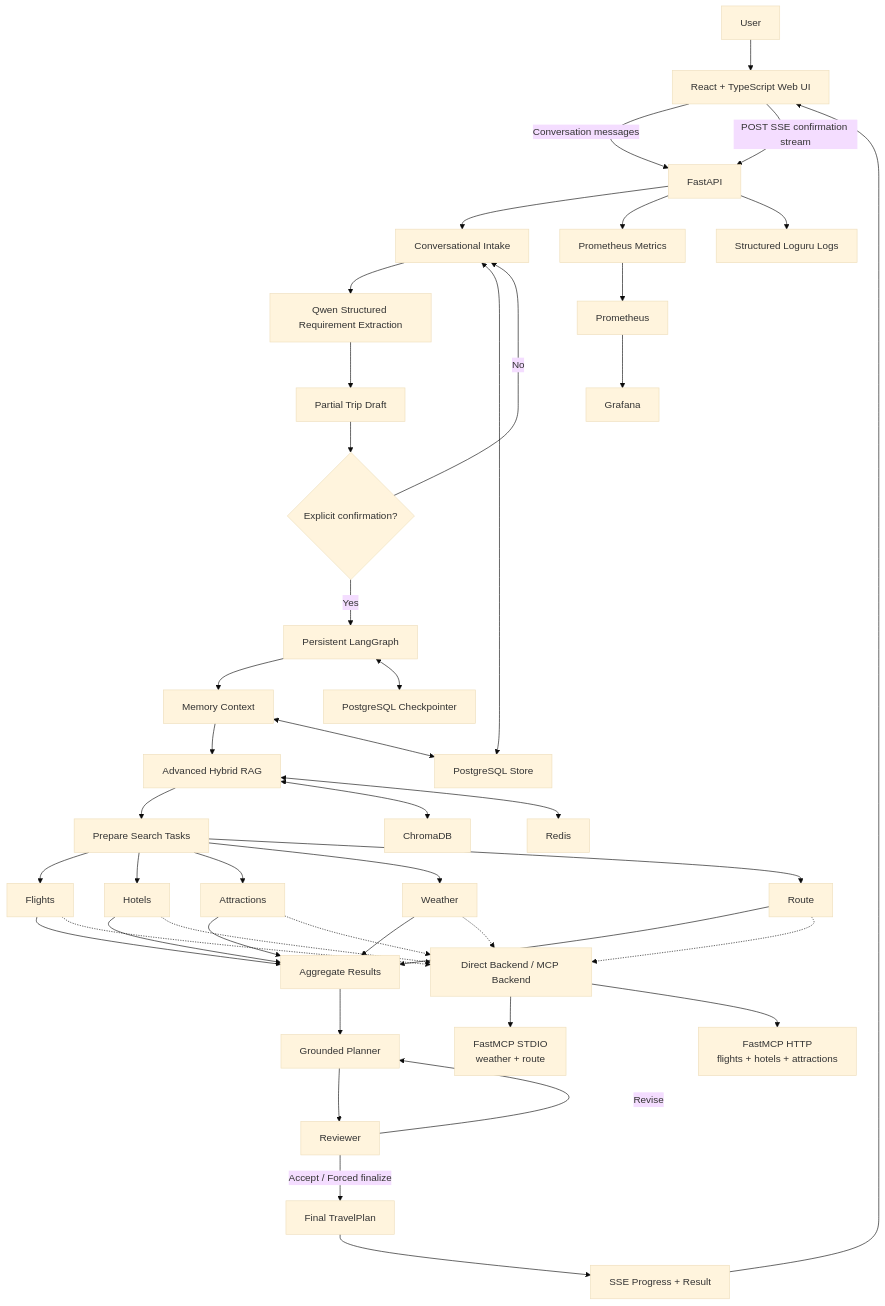
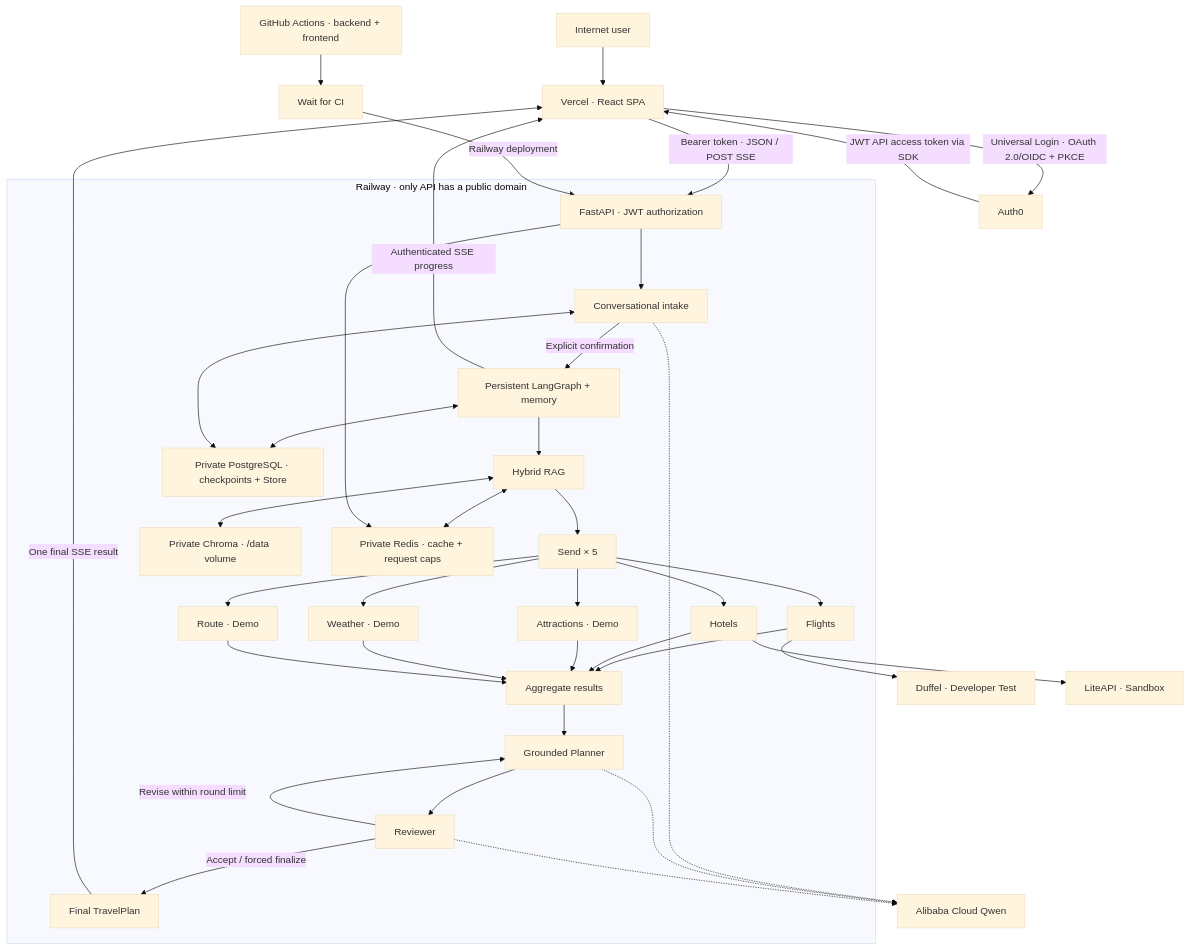
One commit to zoomwill/ai-travel-planning-agent changed the diagram in README.md. Above: the diagram before and after it, drawn with Mermaid (base theme). The commit also changed other lines of this file, not shown here.

Commit message:
docs: update README for verified P18 deployment

````diff
--- a/README.md
+++ b/README.md
@@ -128,60 +149,37 @@
 ```mermaid
 flowchart TD
-    U["User"] --> UI["React + TypeScript Web UI"]
+    U["Internet user"] --> UI["Vercel · React SPA"]
+    UI -->|"Universal Login · OAuth 2.0/OIDC + PKCE"| AUTH["Auth0"]
+    AUTH -->|"JWT API access token via SDK"| UI
+    UI -->|"Bearer token · JSON / POST SSE"| API
 
-    UI -->|"Conversation messages"| API["FastAPI"]
-    UI -->|"POST SSE confirmation stream"| API
+    subgraph RAILWAY["Railway · only API has a public domain"]
+        API["FastAPI · JWT authorization"] --> INTAKE["Conversational intake"]
+        INTAKE -->|"Explicit confirmation"| GRAPH["Persistent LangGraph + memory"]
+        GRAPH --> RAG["Hybrid RAG"]
+        RAG --> FAN["Send × 5"]
+        FAN --> F["Flights"]
+        FAN --> H["Hotels"]
+        FAN --> A["Attractions · Demo"]
+        FAN --> W["Weather · Demo"]
+        FAN --> R["Route · Demo"]
+        F & H & A & W & R --> AGG["Aggregate results"]
+        AGG --> PLANNER["Grounded Planner"]
+        PLANNER --> REVIEWER["Reviewer"]
+        REVIEWER -->|"Revise within round limit"| PLANNER
+        REVIEWER -->|"Accept / forced finalize"| FINAL["Final TravelPlan"]
+        GRAPH <--> PG["Private PostgreSQL · checkpoints + Store"]
+        INTAKE <--> PG
+        RAG <--> CHROMA["Private Chroma · /data volume"]
+        RAG <--> REDIS["Private Redis · cache + request caps"]
+        API --> REDIS
+    end
 
-    API --> INTAKE["Conversational Intake"]
-    INTAKE --> QI["Qwen Structured Requirement Extraction"]
-    QI --> DRAFT["Partial Trip Draft"]
-    DRAFT --> CONFIRM{"Explicit confirmation?"}
-    CONFIRM -->|"No"| INTAKE
-    CONFIRM -->|"Yes"| GRAPH["Persistent LangGraph"]
-
-    GRAPH --> MEM["Memory Context"]
-    MEM --> RAG["Advanced Hybrid RAG"]
-
-    RAG --> FAN["Prepare Search Tasks"]
-    FAN --> F["Flights"]
-    FAN --> H["Hotels"]
-    FAN --> A["Attractions"]
-    FAN --> W["Weather"]
-    FAN --> R["Route"]
-
-    F --> AGG["Aggregate Results"]
-    H --> AGG
-    A --> AGG
-    W --> AGG
-    R --> AGG
-
-    AGG --> PLANNER["Grounded Planner"]
-    PLANNER --> REVIEWER["Reviewer"]
-
-    REVIEWER -->|"Revise"| PLANNER
-    REVIEWER -->|"Accept / Forced finalize"| FINAL["Final TravelPlan"]
-
-    FINAL --> SSE["SSE Progress + Result"]
-    SSE --> UI
-
-    GRAPH <--> PG["PostgreSQL Checkpointer"]
-    INTAKE <--> STORE["PostgreSQL Store"]
-    MEM <--> STORE
-    RAG <--> CHROMA["ChromaDB"]
-    RAG <--> REDIS["Redis"]
-
-    F -.-> MCP["Direct Backend / MCP Backend"]
-    H -.-> MCP
-    A -.-> MCP
-    W -.-> MCP
-    R -.-> MCP
-
-    MCP --> STDIO["FastMCP STDIO\nweather + route"]
-    MCP --> HTTP["FastMCP HTTP\nflights + hotels + attractions"]
-
-    API --> METRICS["Prometheus Metrics"]
-    METRICS --> PROM["Prometheus"]
-    PROM --> GRAF["Grafana"]
-
-    API --> LOGS["Structured Loguru Logs"]
+    INTAKE & PLANNER & REVIEWER -.-> QWEN["Alibaba Cloud Qwen"]
+    F --> DUFFEL["Duffel · Developer Test"]
+    H --> LITEAPI["LiteAPI · Sandbox"]
+    GRAPH -->|"Authenticated SSE progress"| UI
+    FINAL -->|"One final SSE result"| UI
+    CI["GitHub Actions · backend + frontend"] --> WAIT["Wait for CI"]
+    WAIT -->|"Railway deployment"| API
 ```
````
